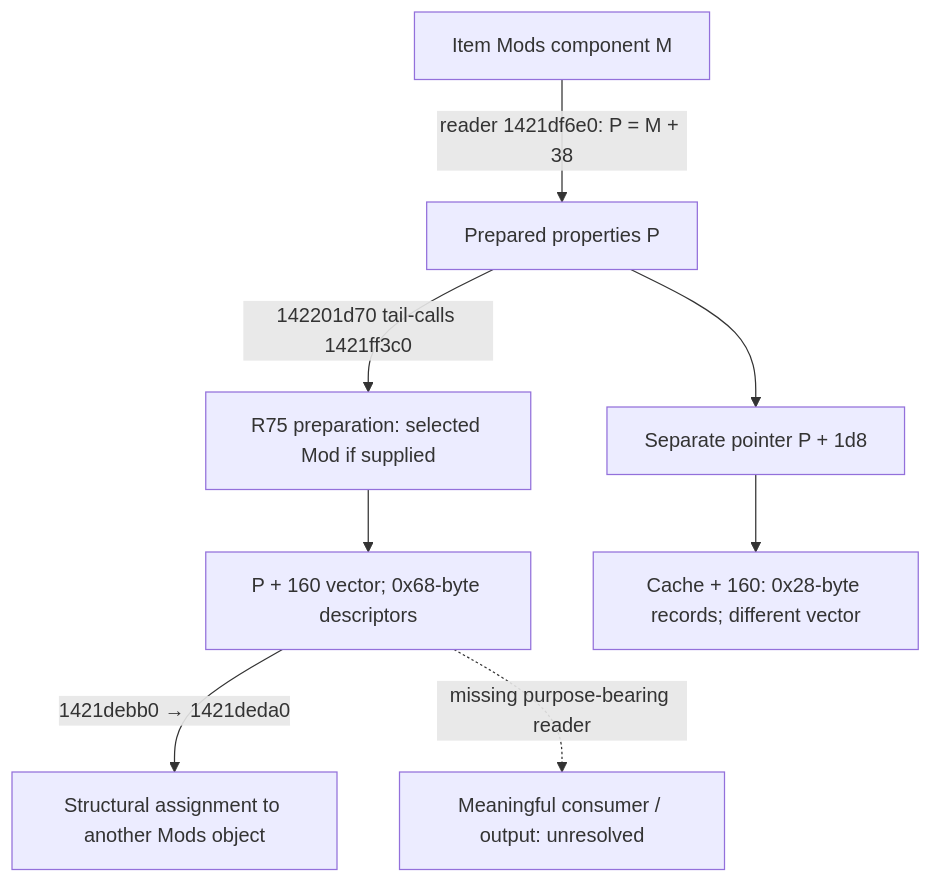
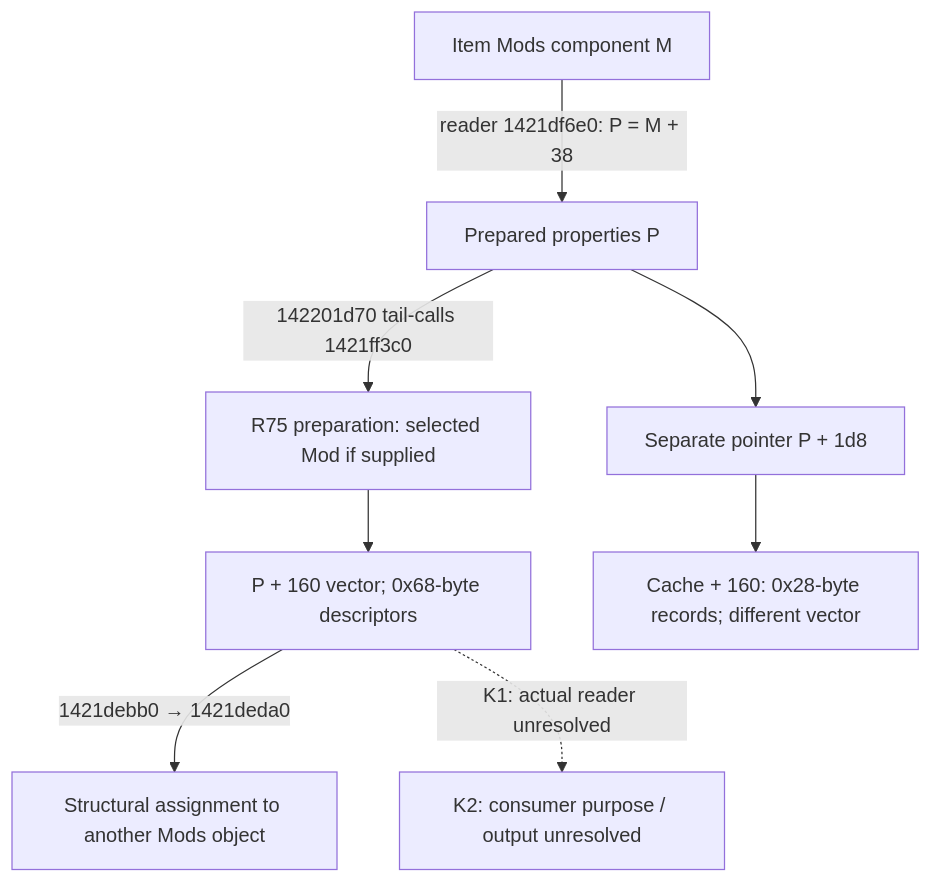
The diagram in Agents/docs/re/client-buff-descriptor-consumers.md (Sepehr-Rezaee/LocalExile), drawn with Mermaid before and after one commit. The commit also changed other lines of this file and 3 other files, not shown here.

````diff
--- a/Agents/docs/re/client-buff-descriptor-consumers.md
+++ b/Agents/docs/re/client-buff-descriptor-consumers.md
@@ -49,10 +50,10 @@
 ```mermaid
 flowchart TD
     M["Item Mods component M"] -->|"reader 1421df6e0: P = M + 38"| P["Prepared properties P"]
     P -->|"142201d70 tail-calls 1421ff3c0"| B["R75 preparation: selected Mod if supplied"]
     B --> V["P + 160 vector; 0x68-byte descriptors"]
     V -->|"1421debb0 → 1421deda0"| C["Structural assignment to another Mods object"]
-    V -. "missing purpose-bearing reader" .-> U["Meaningful consumer / output: unresolved"]
+    V -. "K1: actual reader unresolved" .-> U["K2: consumer purpose / output unresolved"]
     P --> K["Separate pointer P + 1d8"]
     K --> Q["Cache + 160: 0x28-byte records; different vector"]
 ```
````
